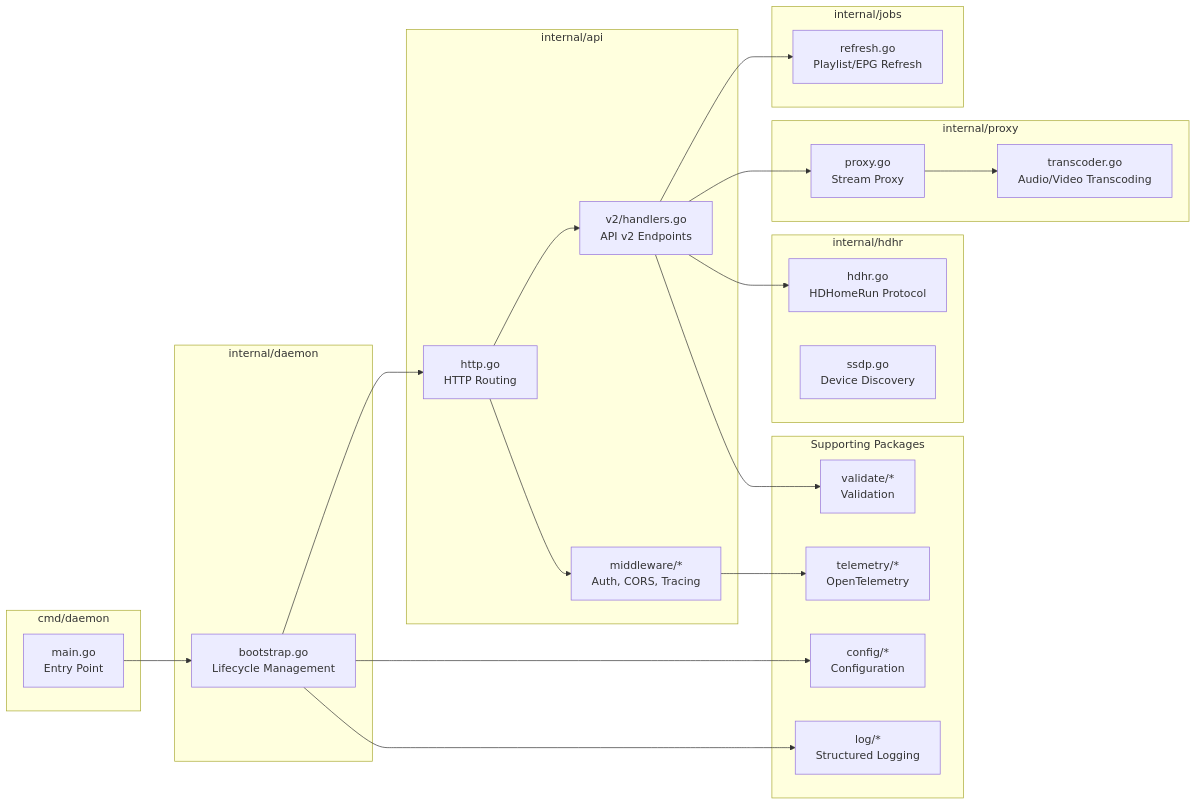
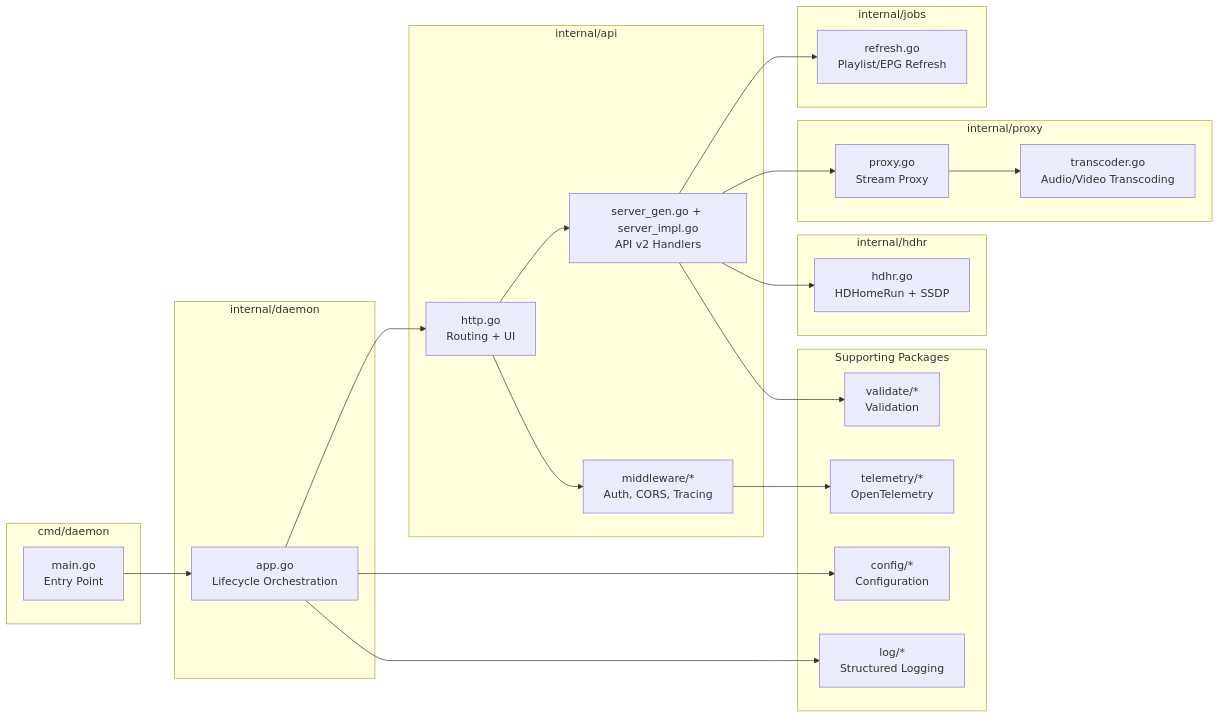
The second of 5 diagrams in docs/ARCHITECTURE.md (ManuGH/xg2g), drawn with Mermaid before and after one commit. The commit also changed other lines of this file and 264 other files, not shown here.

````diff
--- a/docs/ARCHITECTURE.md
+++ b/docs/ARCHITECTURE.md
@@ -80,50 +80,49 @@
 ```mermaid
 graph LR
     subgraph "cmd/daemon"
         Main[main.go<br/>Entry Point]
     end
 
     subgraph "internal/daemon"
-        Bootstrap[bootstrap.go<br/>Lifecycle Management]
+        App[app.go<br/>Lifecycle Orchestration]
     end
 
     subgraph "internal/api"
-        Router[http.go<br/>HTTP Routing]
-        V2[v2/handlers.go<br/>API v2 Endpoints]
+        Router[http.go<br/>Routing + UI]
+        V2[server_gen.go + server_impl.go<br/>API v2 Handlers]
         MW[middleware/*<br/>Auth, CORS, Tracing]
     end
 
     subgraph "internal/jobs"
         Refresh[refresh.go<br/>Playlist/EPG Refresh]
     end
 
     subgraph "internal/proxy"
         Proxy[proxy.go<br/>Stream Proxy]
         TC[transcoder.go<br/>Audio/Video Transcoding]
     end
 
     subgraph "internal/hdhr"
-        HDHR[hdhr.go<br/>HDHomeRun Protocol]
-        SSDP[ssdp.go<br/>Device Discovery]
+        HDHR[hdhr.go<br/>HDHomeRun + SSDP]
     end
 
     subgraph "Supporting Packages"
         Config[config/*<br/>Configuration]
         Validate[validate/*<br/>Validation]
         Telemetry[telemetry/*<br/>OpenTelemetry]
         Log[log/*<br/>Structured Logging]
     end
 
-    Main --> Bootstrap
-    Bootstrap --> Router
+    Main --> App
+    App --> Router
     Router --> V2
     Router --> MW
     V2 --> Refresh
     V2 --> Proxy
     V2 --> HDHR
     Proxy --> TC
-    Bootstrap --> Config
+    App --> Config
     V2 --> Validate
     MW --> Telemetry
-    Bootstrap --> Log
+    App --> Log
 ```
````
